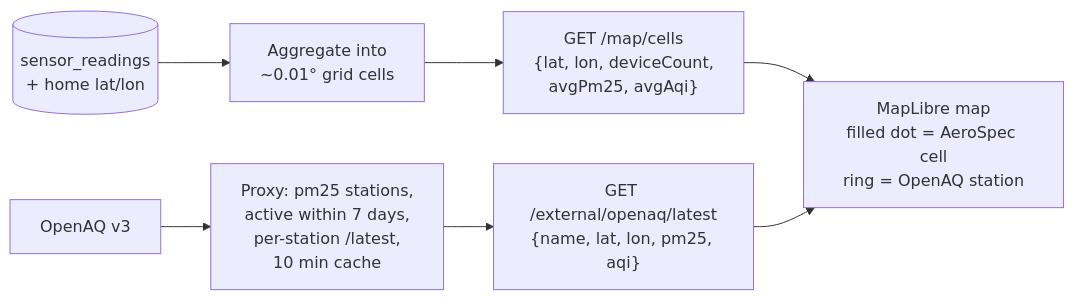
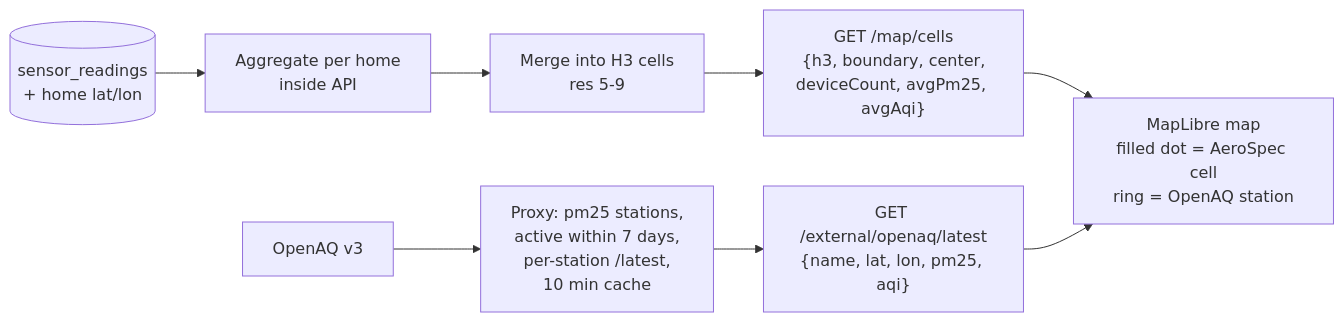
Before and after one commit to Hek846/aerospec: the sixth of 7 diagrams in docs/ARCHITECTURE.md, drawn with Mermaid. The commit also changed other lines of this file and 9 other files, not shown here.

First line of the commit message:
API: analytics schema (annotations + hourly stats) and H3 hex /map/cells

````diff
--- a/docs/ARCHITECTURE.md
+++ b/docs/ARCHITECTURE.md
@@ -212,9 +242,10 @@
 ```mermaid
 flowchart LR
-    R[("sensor_readings<br/>+ home lat/lon")] --> AGG["Aggregate into<br/>~0.01° grid cells"]
-    AGG --> CELLS["GET /map/cells<br/>{lat, lon, deviceCount,<br/>avgPm25, avgAqi}"]
+    R[("sensor_readings<br/>+ home lat/lon")] --> HOME["Aggregate per home<br/>inside API"]
+    HOME --> AGG["Merge into H3 cells<br/>res 5-9"]
+    AGG --> CELLS["GET /map/cells<br/>{h3, boundary, center,<br/>deviceCount, avgPm25, avgAqi}"]
     OAQ["OpenAQ v3"] --> P["Proxy: pm25 stations,<br/>active within 7 days,<br/>per-station /latest,<br/>10 min cache"]
     P --> ST["GET /external/openaq/latest<br/>{name, lat, lon, pm25, aqi}"]
     CELLS --> MAP["MapLibre map<br/>filled dot = AeroSpec cell<br/>ring = OpenAQ station"]
     ST --> MAP
 ```
````
